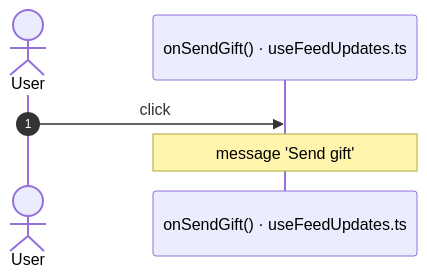
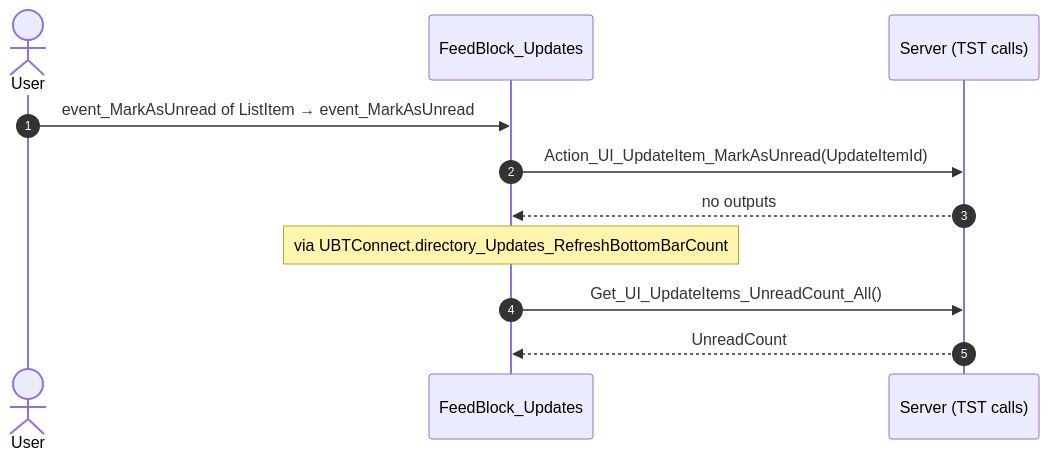
Diagram 18 of 51 in migration/route-actions/HomeFeed.md (Phoenix-DX/connect-new-ui), drawn with Mermaid before and after one commit. The commit also changed other lines of this file and 9 other files, not shown here.

Commit message:
route actions: facts only; user actions as two independent lists (OutSystems view bindings, React JSX bindings) with Mermaid sequences; factual call columns (direct caller, chains, React references); app shell by definition (survey shell, main.tsx code); constants read for React paths

````diff
--- a/migration/route-actions/HomeFeed.md
+++ b/migration/route-actions/HomeFeed.md
@@ -497,8 +390,13 @@
 ```mermaid
 sequenceDiagram
   autonumber
   actor U as User
-  participant H as onSendGift() · useFeedUpdates.ts
-  U->>H: click
-  Note over H: message 'Send gift'
+  participant B as FeedBlock_Updates
+  participant S as Server (TST calls)
+  U->>B: event_MarkAsUnread of ListItem → event_MarkAsUnread
+  B->>S: Action_UI_UpdateItem_MarkAsUnread(UpdateItemId)
+  S-->>B: no outputs
+  Note over B: via UBTConnect.directory_Updates_RefreshBottomBarCount
+  B->>S: Get_UI_UpdateItems_UnreadCount_All()
+  S-->>B: UnreadCount
 ```
````
